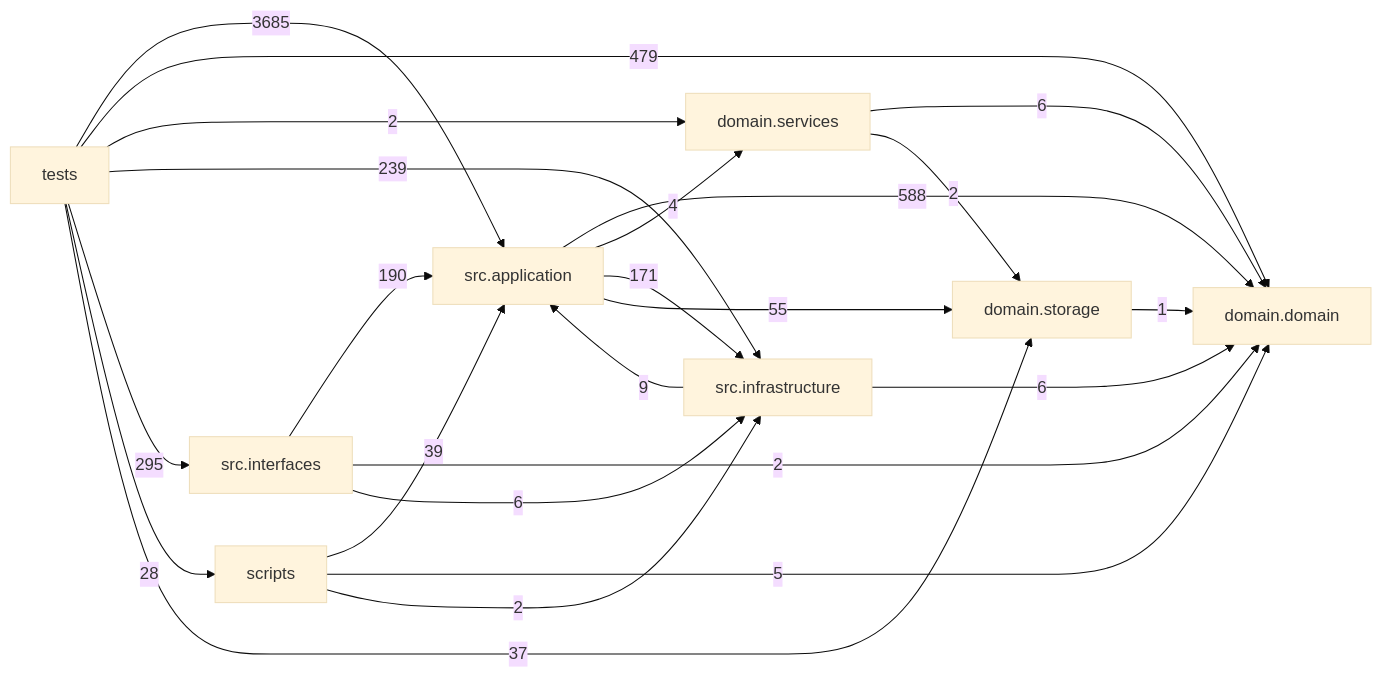
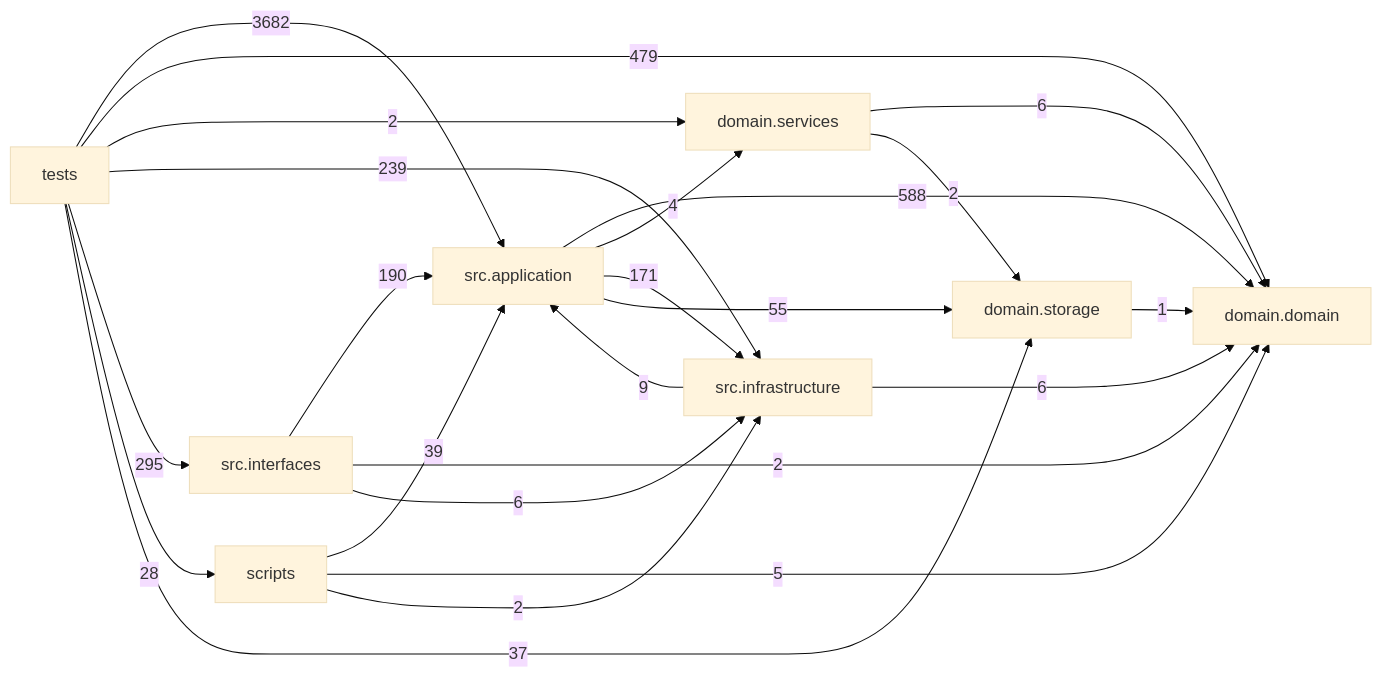
Before and after one commit to liuxie066/options-monitor: the diagram in docs/DEPENDENCY_GRAPH.md, drawn with Mermaid (base theme). The commit also changed other lines of this file, not shown here.

Commit message:
docs(deps): refresh dependency graph

````diff
--- a/docs/DEPENDENCY_GRAPH.md
+++ b/docs/DEPENDENCY_GRAPH.md
@@ -24,33 +24,33 @@
 ```mermaid
 flowchart LR
   tests["tests"]
   scripts["scripts"]
   interfaces["src.interfaces"]
   application["src.application"]
   infrastructure["src.infrastructure"]
   domain_services["domain.services"]
   domain["domain.domain"]
   storage["domain.storage"]
   application -->|588| domain
   application -->|4| domain_services
   application -->|171| infrastructure
   application -->|55| storage
   domain_services -->|6| domain
   domain_services -->|2| storage
   infrastructure -->|9| application
   infrastructure -->|6| domain
   interfaces -->|190| application
   interfaces -->|2| domain
   interfaces -->|6| infrastructure
   scripts -->|39| application
   scripts -->|5| domain
   scripts -->|2| infrastructure
   storage -->|1| domain
-  tests -->|3685| application
+  tests -->|3682| application
   tests -->|479| domain
   tests -->|2| domain_services
   tests -->|239| infrastructure
   tests -->|295| interfaces
   tests -->|28| scripts
   tests -->|37| storage
 ```
````
